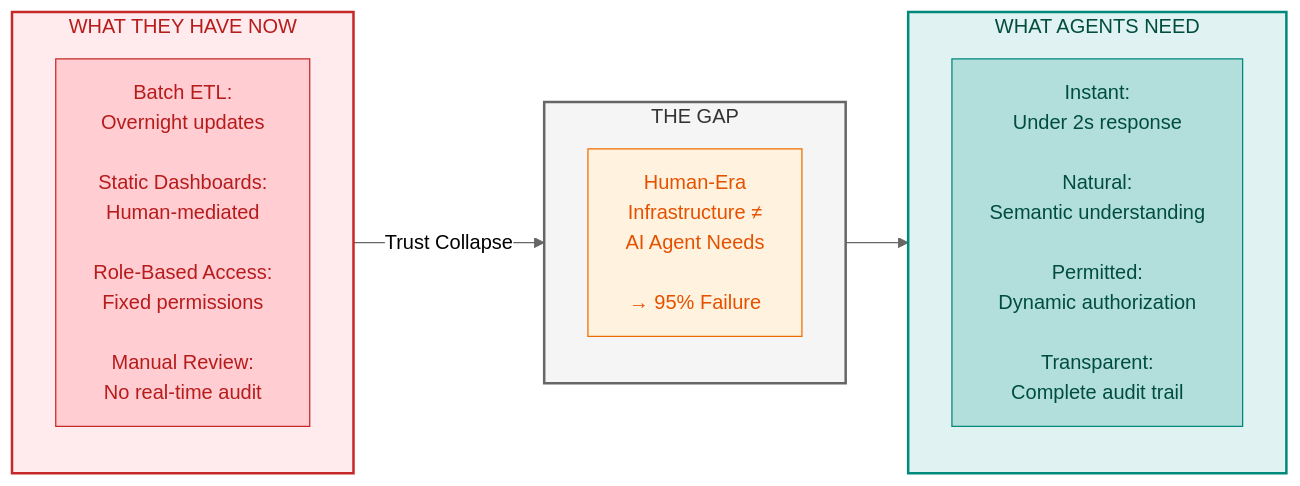
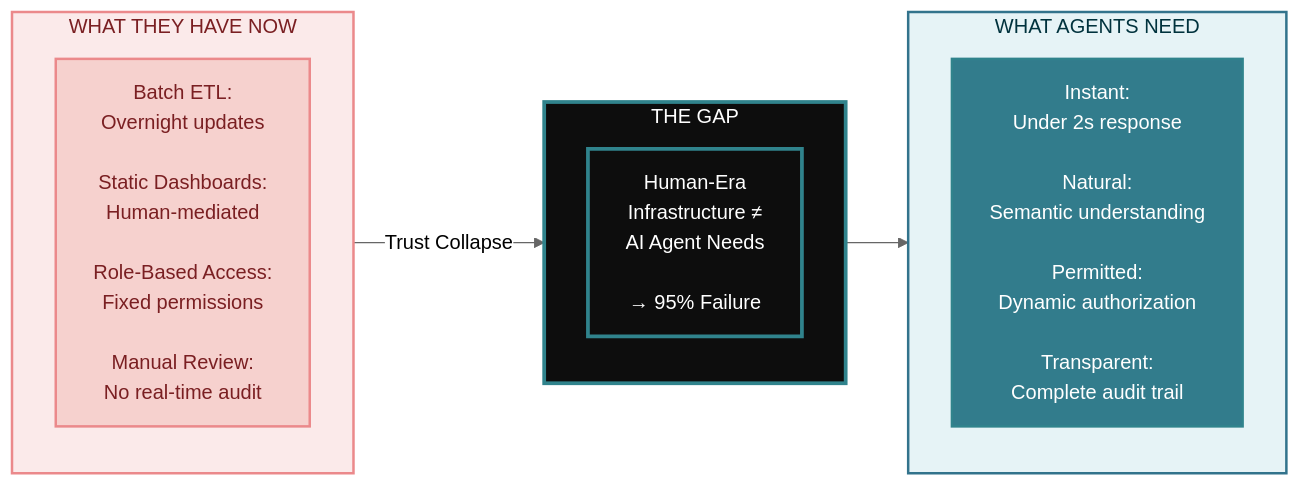
Before and after one commit to colaberry/trust-before-intelligence-book: the first of 6 diagrams in manuscript/02_chapter_1_why_agents_fail.md, drawn with Mermaid (neutral theme). The commit also changed other lines of this file, not shown here.

Commit message:
Update mermaid diagrams as per new coloberry color and contrast ratio for chapter 2

````diff
--- a/manuscript/02_chapter_1_why_agents_fail.md
+++ b/manuscript/02_chapter_1_why_agents_fail.md
@@ -7,29 +7,29 @@
 ```mermaid
 
 graph LR
     subgraph BUILT["WHAT THEY HAVE NOW"]
         direction TB
         B1["Batch ETL:<br/>Overnight updates<br/><br/>Static Dashboards:<br/>Human-mediated<br/><br/>Role-Based Access:<br/>Fixed permissions<br/><br/>Manual Review:<br/>No real-time audit"]
     end
     
     subgraph GAP["THE GAP"]
         direction TB
         G1["Human-Era<br/>Infrastructure ≠<br/>AI Agent Needs<br/><br/>→ 95% Failure"]
     end
     
     subgraph NEED["WHAT AGENTS NEED"]
         direction TB
         N1["Instant:<br/>Under 2s response<br/><br/>Natural:<br/>Semantic understanding<br/><br/>Permitted:<br/>Dynamic authorization<br/><br/>Transparent:<br/>Complete audit trail"]
     end
     
     BUILT -->|"Trust Collapse"| GAP --> NEED
     
-    style BUILT fill:#ffebee,stroke:#c62828,stroke-width:2px,color:#b71c1c
-    style GAP fill:#f5f5f5,stroke:#666666,stroke-width:2px,color:#333333
-    style NEED fill:#e0f2f1,stroke:#00897b,stroke-width:2px,color:#004d40
-    style B1 fill:#ffcdd2,stroke:#c62828,color:#b71c1c
-    style G1 fill:#fff3e0,stroke:#ef6c00,color:#e65100
-    style N1 fill:#b2dfdb,stroke:#00897b,color:#004d40
+    style BUILT fill:#FBEAEA,stroke:#EB898B,stroke-width:2px,color:#7A1F22
+    style B1 fill:#F6D1CE,stroke:#EB898B,stroke-width:2px,color:#7A1F22
+    style GAP fill:#0D0D0D,color:#ffffff,stroke:#30838C,stroke-width:3px
+    style G1 fill:#0D0D0D,color:#ffffff,stroke:#30838C,stroke-width:3px
+    style NEED fill:#E6F3F6,stroke:#32738C,stroke-width:2px,color:#00323D
+    style N1 fill:#327C8C,stroke:#30838C,stroke-width:2px,color:#ffffff
     
 
 ```
````
